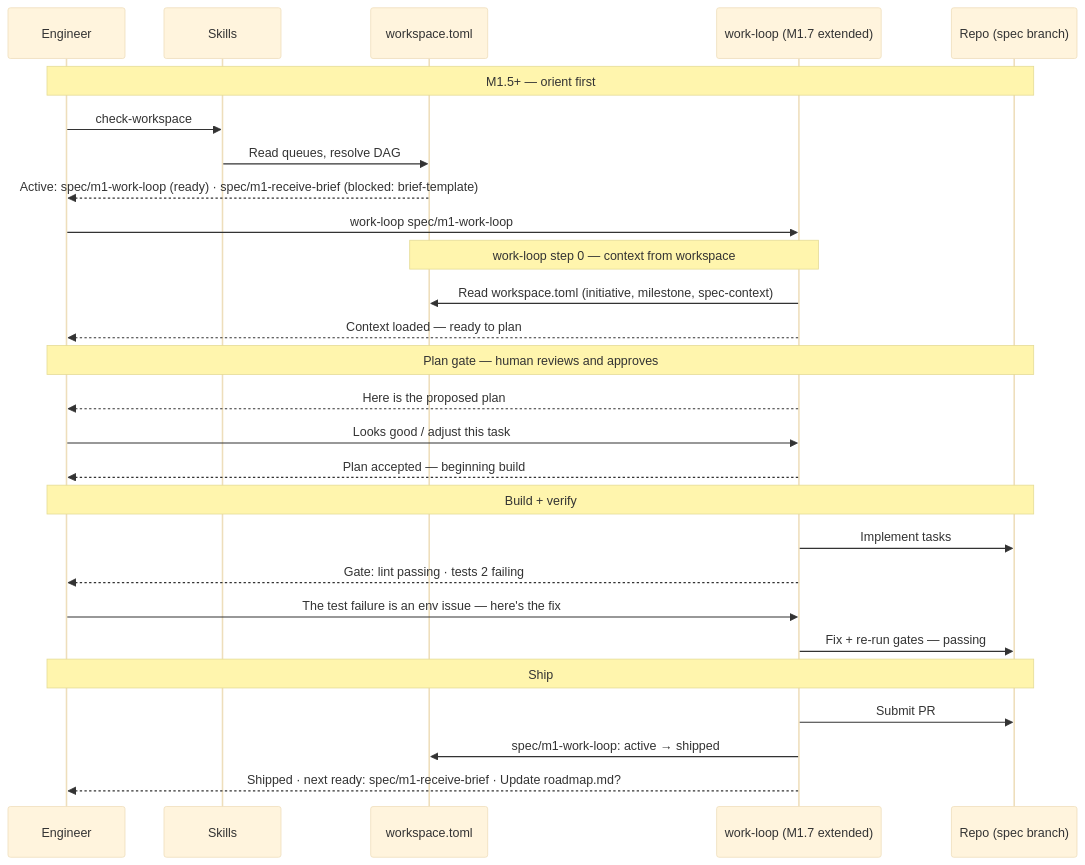
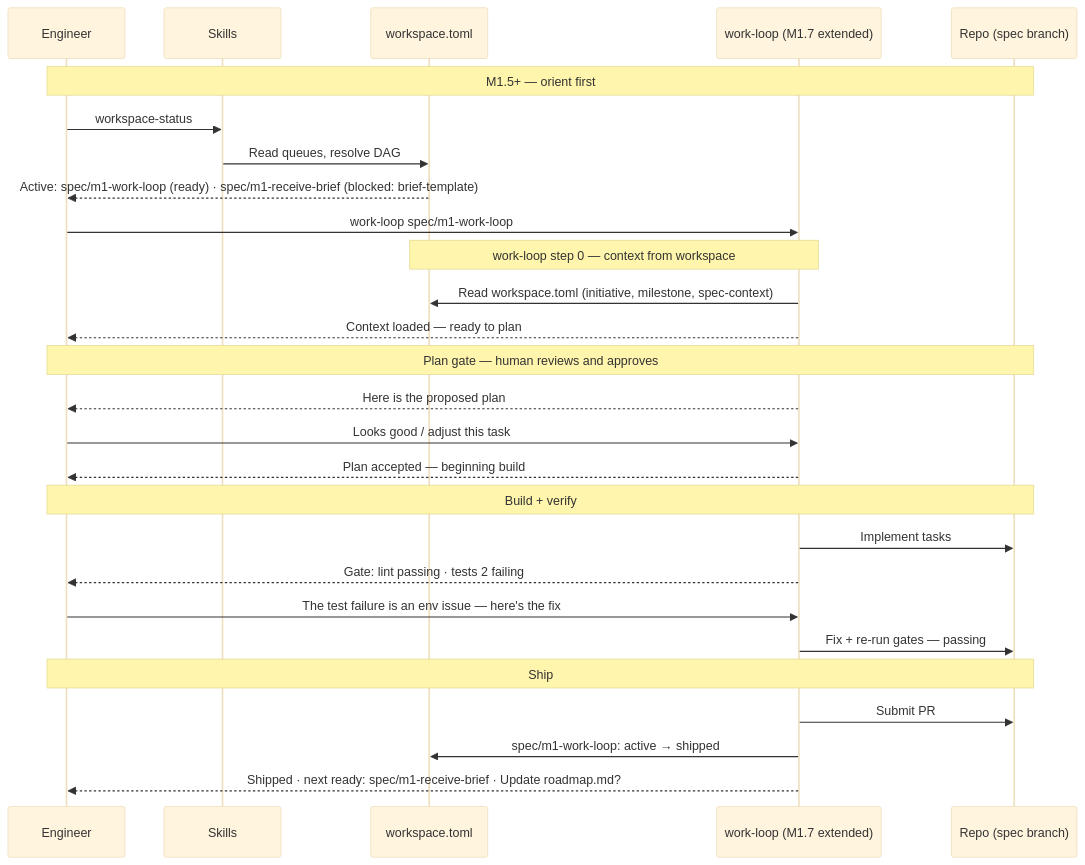
One commit to eugenelim/agent-ready-repo changed the diagram in docs/product/journeys/engineer-runs-work-loop.md. Above: the diagram before and after it, drawn with Mermaid (base theme). The commit also changed other lines of this file and 40 other files, not shown here.

First line of the commit message:
feat(core): rename check-workspace → workspace-status (RFC-0067 Change A) (#565)

````diff
--- a/docs/product/journeys/engineer-runs-work-loop.md
+++ b/docs/product/journeys/engineer-runs-work-loop.md
@@ -59,34 +59,34 @@
 ```mermaid
 sequenceDiagram
     participant E as Engineer
     participant SK as Skills
     participant WS as workspace.toml
     participant WL as work-loop (M1.7 extended)
     participant R as Repo (spec branch)
 
     Note over E,R: M1.5+ — orient first
-    E->>SK: check-workspace
+    E->>SK: workspace-status
     SK->>WS: Read queues, resolve DAG
     WS-->>E: Active: spec/m1-work-loop (ready) · spec/m1-receive-brief (blocked: brief-template)
     E->>WL: work-loop spec/m1-work-loop
 
     Note over WL,WS: work-loop step 0 — context from workspace
     WL->>WS: Read workspace.toml (initiative, milestone, spec-context)
     WL-->>E: Context loaded — ready to plan
 
     Note over E,R: Plan gate — human reviews and approves
     WL-->>E: Here is the proposed plan
     E->>WL: Looks good / adjust this task
     WL-->>E: Plan accepted — beginning build
 
     Note over E,R: Build + verify
     WL->>R: Implement tasks
     WL-->>E: Gate: lint passing · tests 2 failing
     E->>WL: The test failure is an env issue — here's the fix
     WL->>R: Fix + re-run gates — passing
 
     Note over E,R: Ship
     WL->>R: Submit PR
     WL->>WS: spec/m1-work-loop: active → shipped
     WL-->>E: Shipped · next ready: spec/m1-receive-brief · Update roadmap.md?
 ```
````
